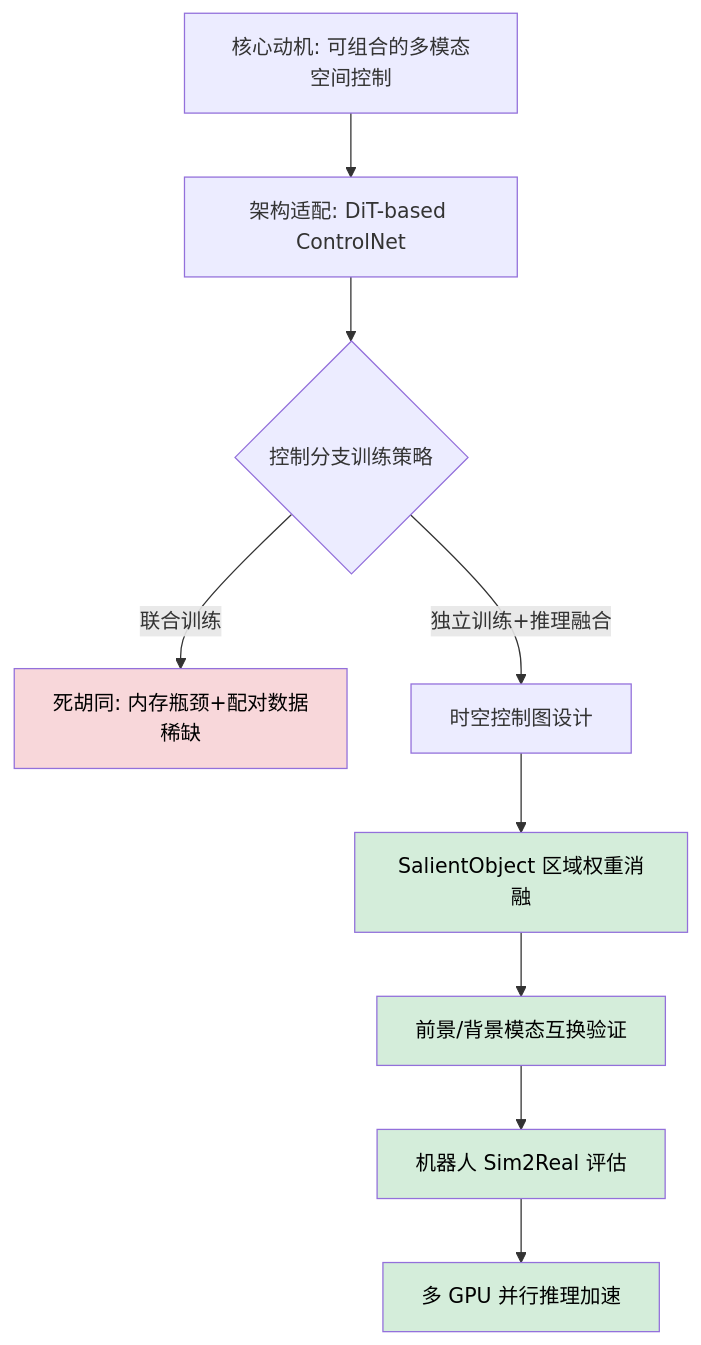
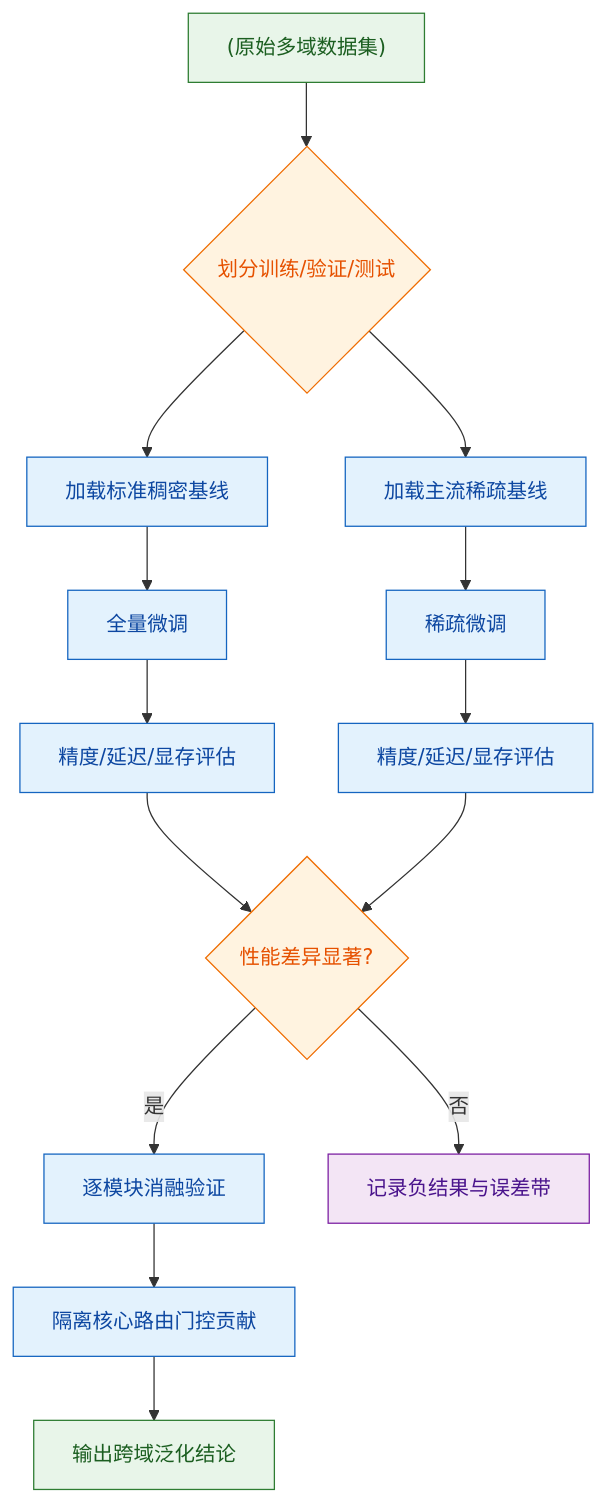
Before and after one commit to ShinewineW/paper-rolling: the fifth of 10 diagrams in person_vault/2026-06-07_CosmosTransfer1_2503.14492/report.md, drawn with Mermaid. The commit also changed other lines of this file and 300 other files, not shown here.

````diff
--- a/person_vault/2026-06-07_CosmosTransfer1_2503.14492/report.md
+++ b/person_vault/2026-06-07_CosmosTransfer1_2503.14492/report.md
@@ -352,16 +188,26 @@
 ```mermaid
 flowchart TD
-    Q1["核心动机: 可组合的多模态空间控制"] --> Q2["架构适配: DiT-based ControlNet"]
-    Q2 --> D1{控制分支训练策略}
-    D1 -->|联合训练| DE1["死胡同: 内存瓶颈+配对数据稀缺"]
-    D1 -->|独立训练+推理融合| D2["时空控制图设计"]
-    D2 --> E2["SalientObject 区域权重消融"]
-    E2 --> E3["前景/背景模态互换验证"]
-    E3 --> Q3["机器人 Sim2Real 评估"]
-    Q3 --> Q4["多 GPU 并行推理加速"]
+    classDef startend fill:#e8f5e9,stroke:#2e7d32,color:#1b5e20;
+    classDef process fill:#e3f2fd,stroke:#1565c0,color:#0d47a1;
+    classDef decision fill:#fff3e0,stroke:#ef6c00,color:#e65100;
+    classDef data fill:#f3e5f5,stroke:#7b1fa2,color:#4a148c;
 
-    classDef dead fill:#f8d7da,color:#000
-    classDef exp fill:#d4edda,color:#000
-    class DE1 dead
-    class E2,E3,Q3,Q4 exp
+    raw_data["(原始多域数据集)"] --> split{划分训练/验证/测试}
+    split --> baseline["加载标准稠密基线"]
+    split --> sparse_ref["加载主流稀疏基线"]
+    baseline --> train_dense["全量微调"]
+    sparse_ref --> train_sparse["稀疏微调"]
+    train_dense --> eval_dense["精度/延迟/显存评估"]
+    train_sparse --> eval_sparse["精度/延迟/显存评估"]
+    eval_dense --> compare{性能差异显著?}
+    eval_sparse --> compare
+    compare -->|是| ablation["逐模块消融验证"]
+    compare -->|否| record_fail["记录负结果与误差带"]
+    ablation --> isolate_contrib["隔离核心路由门控贡献"]
+    isolate_contrib --> final_report["输出跨域泛化结论"]
+    
+    class raw_data,final_report startend;
+    class split,compare decision;
+    class baseline,sparse_ref,train_dense,train_sparse,eval_dense,eval_sparse,ablation,isolate_contrib process;
+    class record_fail data;
 ```
````
